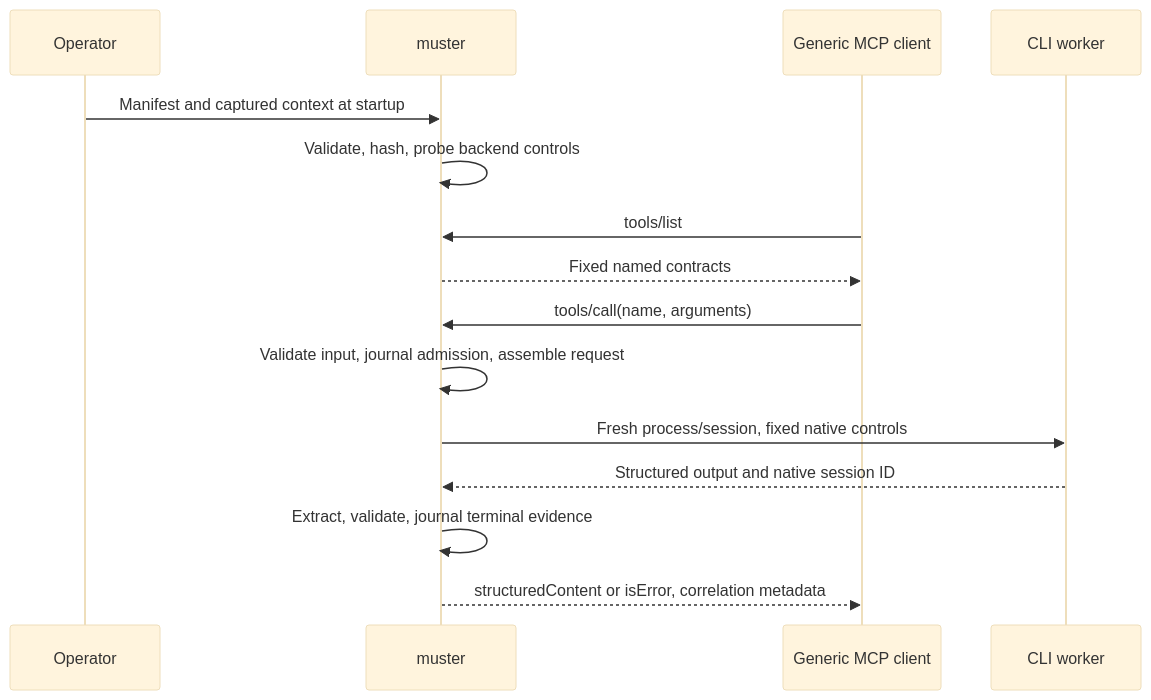
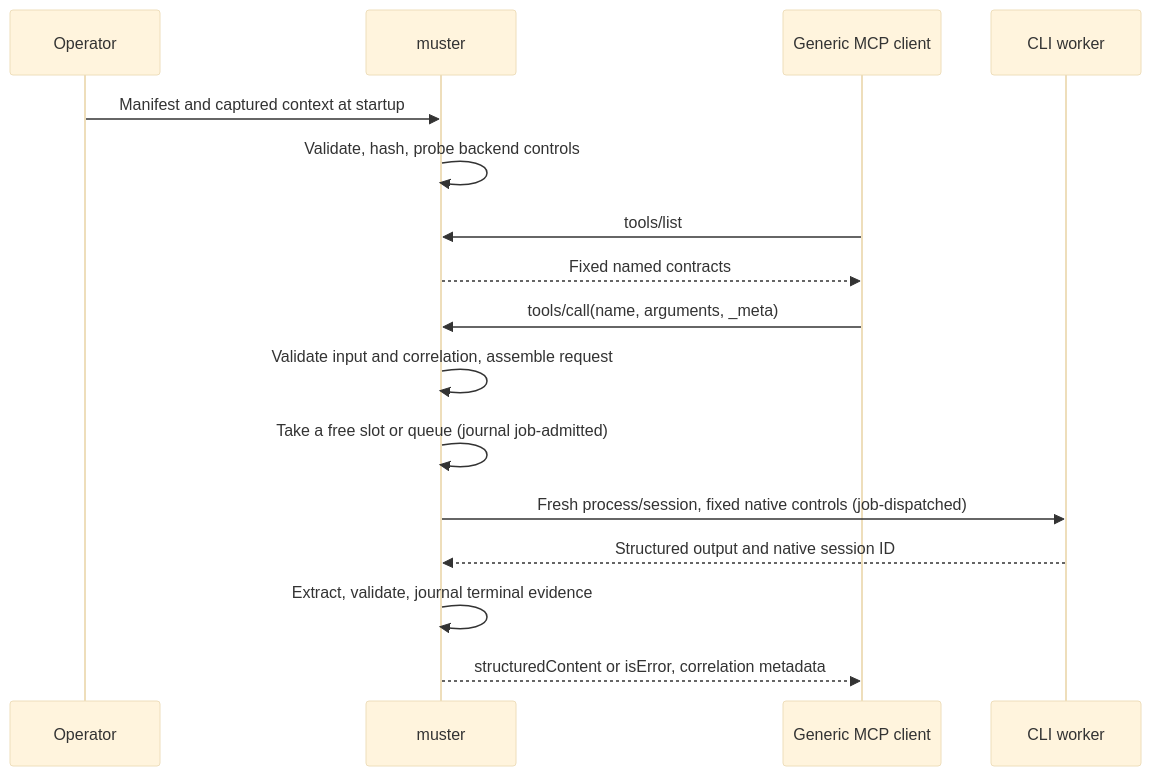
Before and after one commit to on-the-ground/muster: the diagram in docs/design.md, drawn with Mermaid (base theme). The commit also changed other lines of this file and 17 other files, not shown here.

First line of the commit message:
Add a credit-based worker pool, request correlation and a web-read profile (#3)

````diff
--- a/docs/design.md
+++ b/docs/design.md
@@ -14,17 +14,18 @@
 ```mermaid
 sequenceDiagram
     participant O as Operator
     participant P as muster
     participant C as Generic MCP client
     participant W as CLI worker
     O->>P: Manifest and captured context at startup
     P->>P: Validate, hash, probe backend controls
     C->>P: tools/list
     P-->>C: Fixed named contracts
-    C->>P: tools/call(name, arguments)
-    P->>P: Validate input, journal admission, assemble request
-    P->>W: Fresh process/session, fixed native controls
+    C->>P: tools/call(name, arguments, _meta)
+    P->>P: Validate input and correlation, assemble request
+    P->>P: Take a free slot or queue (journal job-admitted)
+    P->>W: Fresh process/session, fixed native controls (job-dispatched)
     W-->>P: Structured output and native session ID
     P->>P: Extract, validate, journal terminal evidence
     P-->>C: structuredContent or isError, correlation metadata
 ```
````
